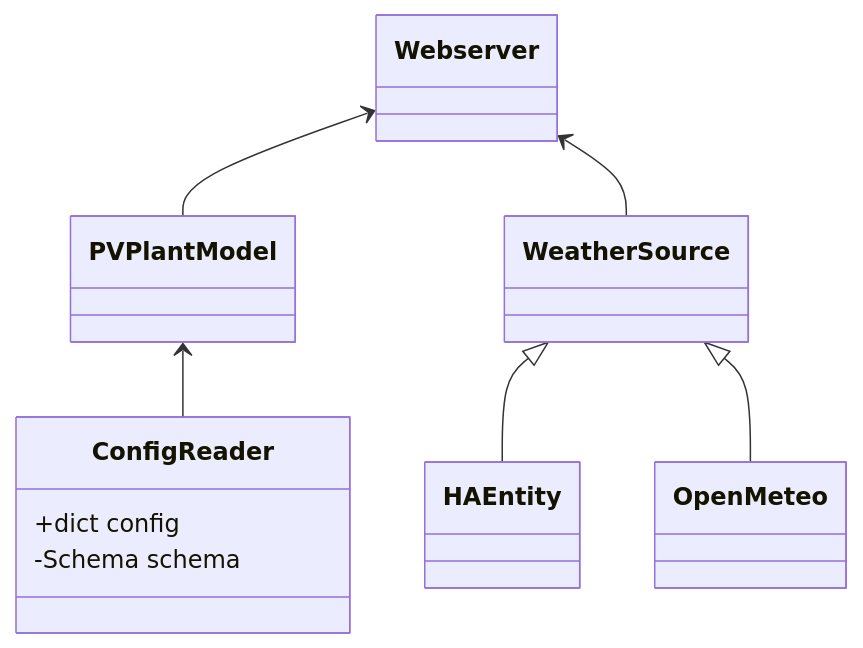
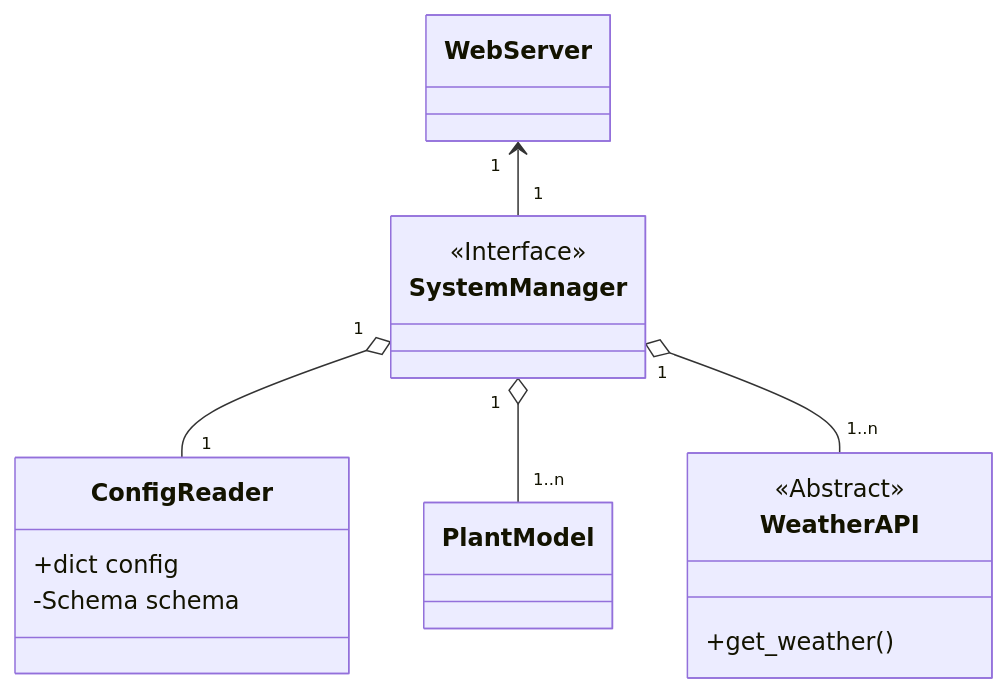
Before and after one commit to HALocalSolar/pvcast-core: the second of 2 diagrams in README.md, drawn with Mermaid.

````diff
--- a/README.md
+++ b/README.md
@@ -30,29 +30,35 @@
 ```mermaid
 classDiagram
     class ConfigReader{
         +dict config 
         -Schema schema 
     }
 
 
-    class OpenMeteo{
+    class WebServer{
     }
 
-    class HAEntity{
+    class WeatherAPI{
+        <<Abstract>>
+        +get_weather()
     }
 
-    class Webserver{
+    class PlantModel{
+    }
+    
+    class SystemManager{
+        <<Interface>>
     }
 
-    class WeatherSource{
-    }
+    %% connections
+    SystemManager "1" o-- "1" ConfigReader 
+    SystemManager "1" o-- "1..n" PlantModel 
+    SystemManager "1" o-- "1..n" WeatherAPI
+    WebServer "1" <-- "1" SystemManager 
 
-    class PVPlantModel{
-    }
-
-    WeatherSource <|-- HAEntity 
-    WeatherSource <|-- OpenMeteo 
-    Webserver <-- PVPlantModel 
-    PVPlantModel <-- ConfigReader 
-    Webserver <-- WeatherSource 
+    %% WeatherSource <|-- HAEntity 
+    %% WeatherSource <|-- OpenMeteo 
+    %% Webserver <-- PVPlantModel 
+    %% PVPlantModel <-- ConfigReader 
+    %% Webserver <-- WeatherSource 
 ```
````
